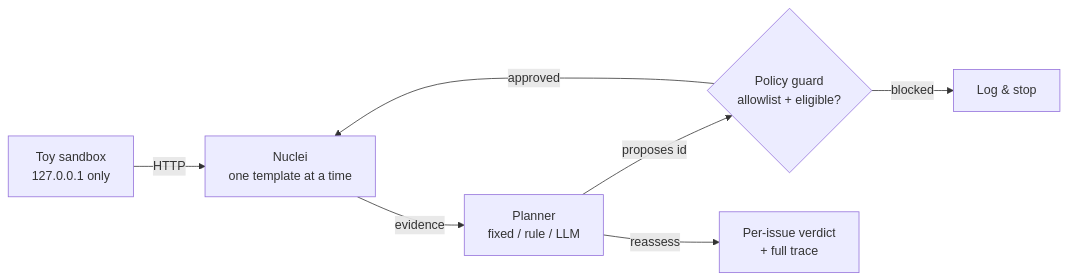
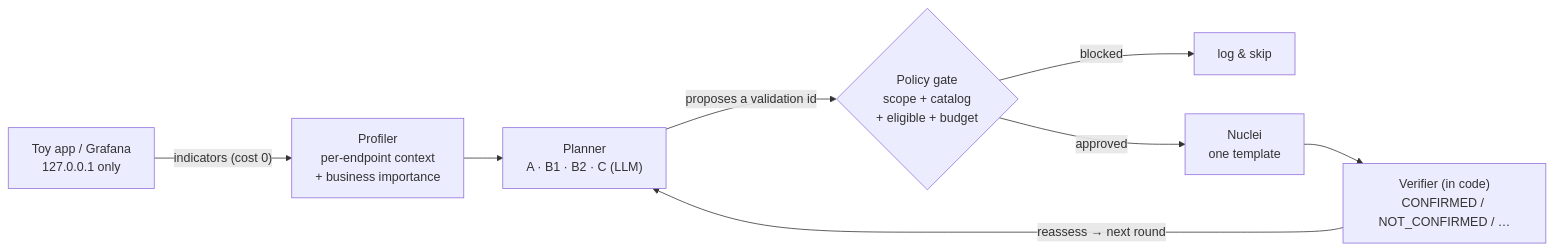
The diagram in README.md (Acharya320/NucleiPilot), drawn with Mermaid before and after one commit. The commit also changed other lines of this file and 88 other files, not shown here.

````diff
--- a/README.md
+++ b/README.md
@@ -32,9 +37,10 @@
 ```mermaid
 flowchart LR
-    A[Toy sandbox<br/>127.0.0.1 only] -->|HTTP| B[Nuclei<br/>one template at a time]
-    B -->|evidence| C[Planner<br/>fixed / rule / LLM]
-    C -->|proposes id| D{Policy guard<br/>allowlist + eligible?}
-    D -->|blocked| E[Log & stop]
-    D -->|approved| B
-    C -->|reassess| F[Per-issue verdict<br/>+ full trace]
+    T["Toy app / Grafana<br/>127.0.0.1 only"] -->|"indicators (cost 0)"| P["Profiler<br/>per-endpoint context<br/>+ business importance"]
+    P --> PL["Planner<br/>A · B1 · B2 · C (LLM)"]
+    PL -->|"proposes a validation id"| G{"Policy gate<br/>scope + catalog<br/>+ eligible + budget"}
+    G -->|blocked| L["log &amp; skip"]
+    G -->|approved| S["Nuclei<br/>one template"]
+    S --> V["Verifier (in code)<br/>CONFIRMED / NOT_CONFIRMED / …"]
+    V -->|"reassess → next round"| PL
 ```
````
